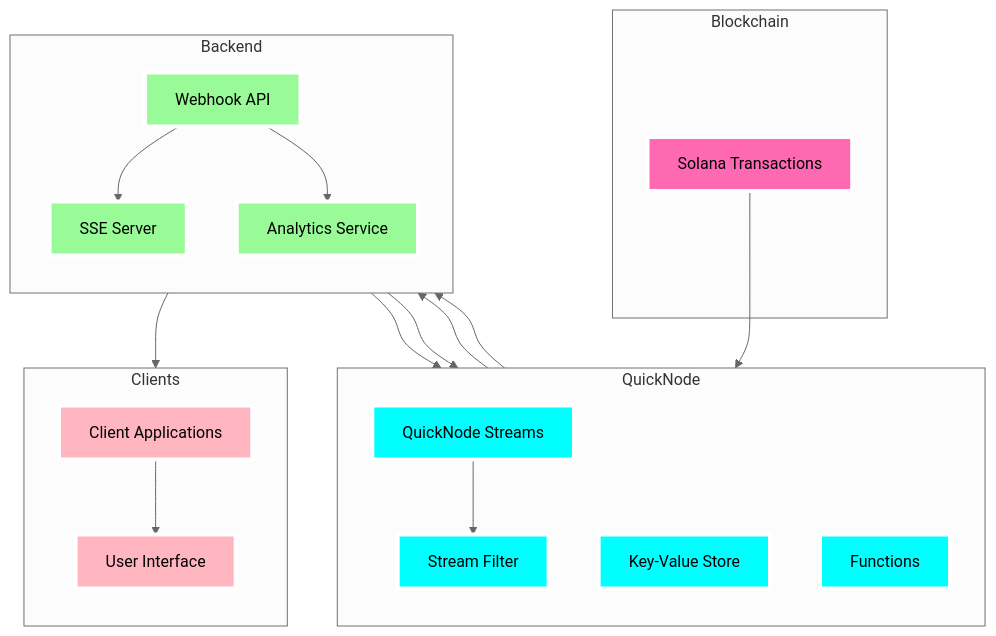
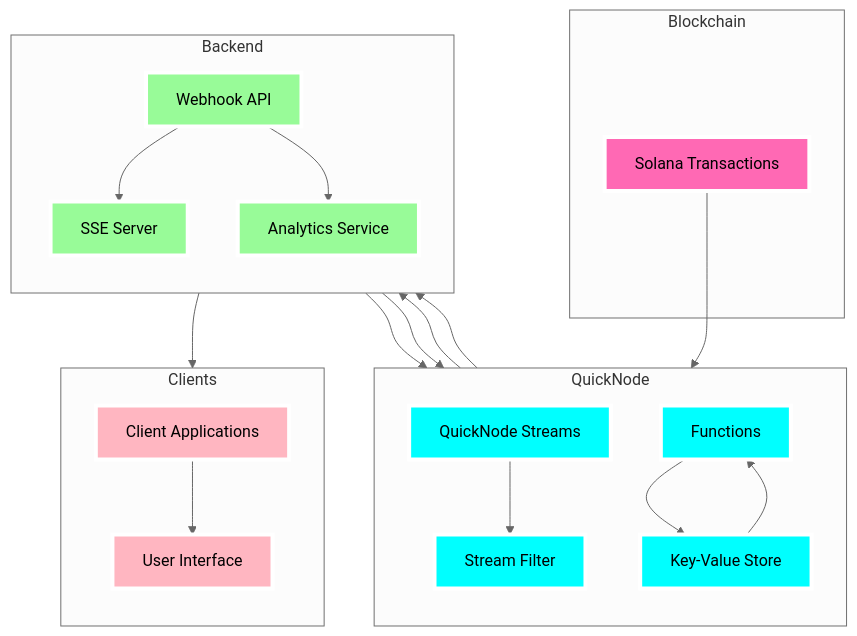
One commit to danielAsaboro/ripple changed the second of 5 diagrams in README.md. Above: the diagram before and after it, drawn with Mermaid (neutral theme).

Commit message:
Your commit message

````diff
--- a/README.md
+++ b/README.md
@@ -89,48 +89,50 @@
 ```mermaid
 flowchart TB
     subgraph Blockchain
         ST[Solana Transactions]
     end
 
     subgraph QuickNode
         direction TB
         QS[QuickNode Streams]
         SF[Stream Filter]
         KV[Key-Value Store]
         FN[Functions]
     end
 
     subgraph Backend
         direction TB
         WH[Webhook API]
         AN[Analytics Service]
         SSE[SSE Server]
     end
 
     subgraph Clients
         direction TB
         CL[Client Applications]
         UI[User Interface]
     end
 
     ST --> QS
     QS --> SF
     SF --> WH
     WH --> SSE
     WH --> AN
+    AN --> FN
+    FN --> KV
+    KV --> FN
     AN --> KV
+    KV --> AN
     SSE --> CL
     CL --> UI
-    AN --> KV
-    KV --> AN
 
     classDef blockchain fill:#FF69B4,stroke:#fff,stroke-width:4px,color:#000
     classDef quicknode fill:#00FFFF,stroke:#fff,stroke-width:4px,color:#000
     classDef backend fill:#98FB98,stroke:#fff,stroke-width:4px,color:#000
     classDef client fill:#FFB6C1,stroke:#fff,stroke-width:4px,color:#000
     
     class ST blockchain
     class QS,SF,KV,FN quicknode
     class WH,AN,SSE backend
     class CL,UI client
 ```
````
